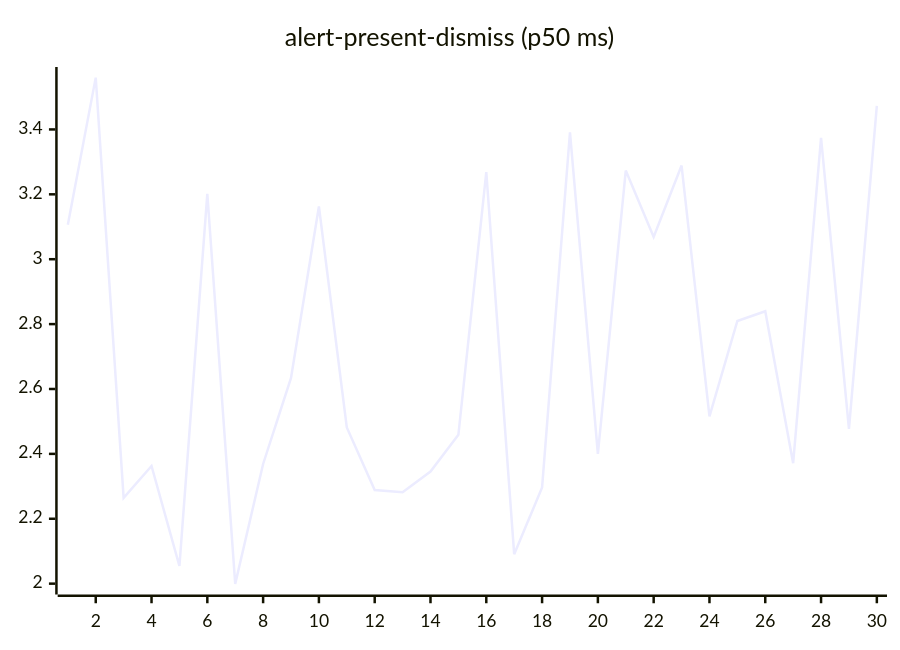
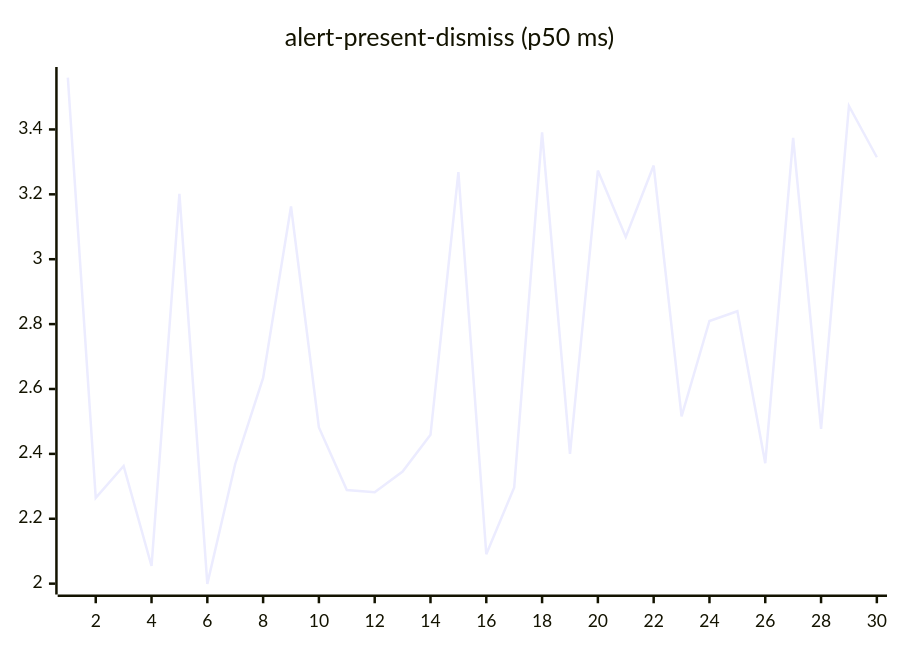
One commit to josha/Facet changed the second of 27 diagrams in README.md. Above: the diagram before and after it, drawn with Mermaid. The commit also changed other lines of this file and 2 other files, not shown here.

````diff
--- a/README.md
+++ b/README.md
@@ -70,6 +70,6 @@
 ```mermaid
 xychart-beta
     title "alert-present-dismiss (p50 ms)"
     x-axis 1 --> 30
-    line [3.1061, 3.5597, 2.2642, 2.3626, 2.0543, 3.2013, 1.9993, 2.3689, 2.6340, 3.1626, 2.4814, 2.2888, 2.2819, 2.3455, 2.4588, 3.2682, 2.0908, 2.2965, 3.3910, 2.4000, 3.2732, 3.0684, 3.2888, 2.5156, 2.8095, 2.8395, 2.3714, 3.3741, 2.4770, 3.4723]
+    line [3.5597, 2.2642, 2.3626, 2.0543, 3.2013, 1.9993, 2.3689, 2.6340, 3.1626, 2.4814, 2.2888, 2.2819, 2.3455, 2.4588, 3.2682, 2.0908, 2.2965, 3.3910, 2.4000, 3.2732, 3.0684, 3.2888, 2.5156, 2.8095, 2.8395, 2.3714, 3.3741, 2.4770, 3.4723, 3.3142]
 ```
````
